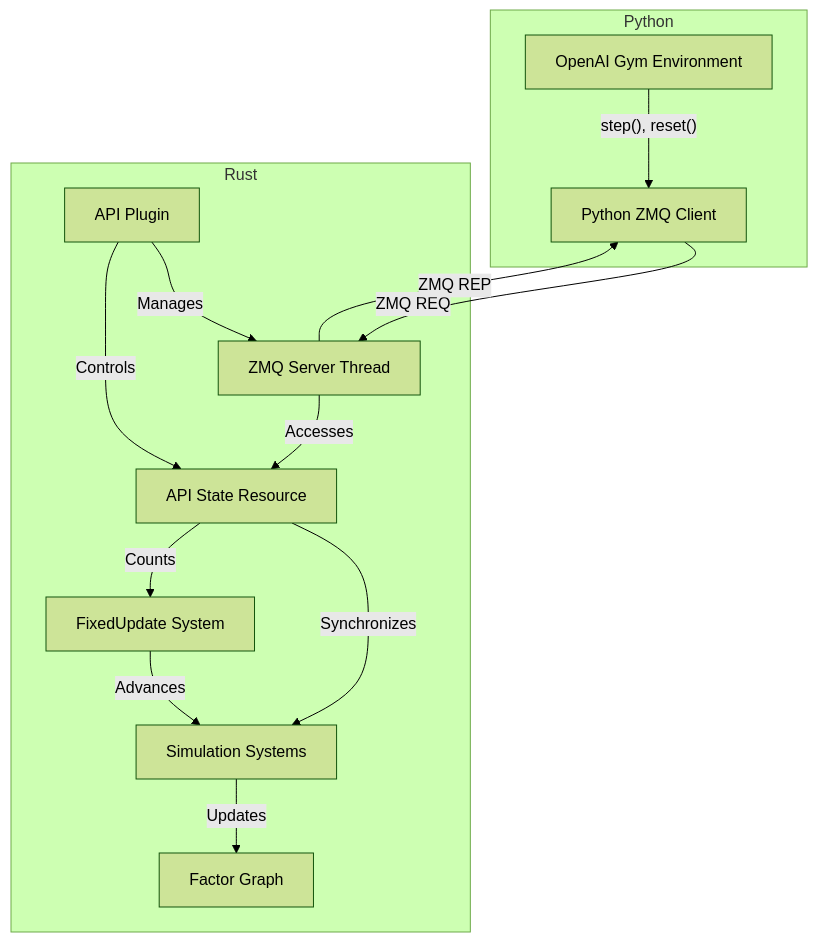
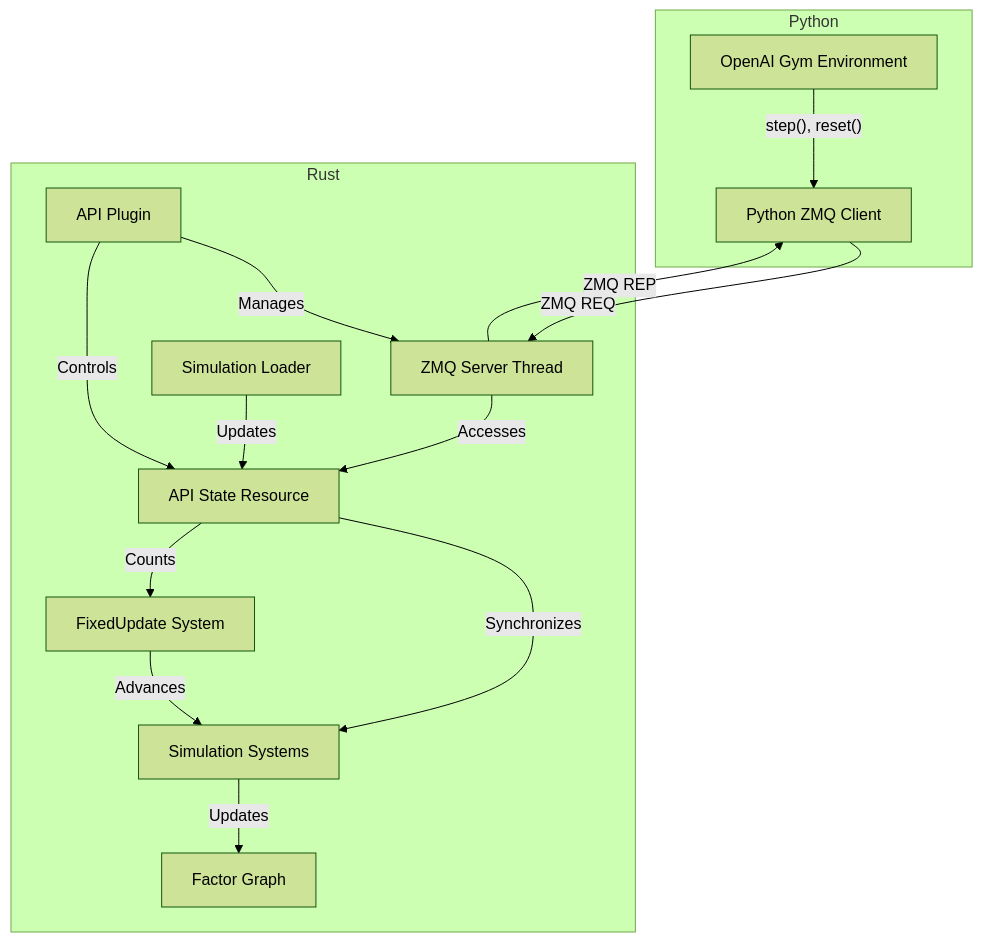
One commit to AU-Master-Thesis/magics changed the first of 3 diagrams in memory-bank/systemPatterns.md. Above: the diagram before and after it, drawn with Mermaid (forest theme). The commit also changed other lines of this file and 8 other files, not shown here.

````diff
--- a/memory-bank/systemPatterns.md
+++ b/memory-bank/systemPatterns.md
@@ -34,27 +34,29 @@
 ```mermaid
 graph TB
     subgraph Python
         Gym[OpenAI Gym Environment]
         PyClient[Python ZMQ Client]
     end
     
     subgraph Rust
         ZmqServer[ZMQ Server Thread]
         ApiPlugin[API Plugin]
-        ApiState[API State Resource]
-        Sim[Simulation Systems]
-        FactorGraph[Factor Graph]
-        FixedUpdate[FixedUpdate System]
+    ApiState[API State Resource]
+    Sim[Simulation Systems]
+    FactorGraph[Factor Graph]
+    FixedUpdate[FixedUpdate System]
+    SimLoader[Simulation Loader]
     end
     
     Gym -- "step(), reset()" --> PyClient
     PyClient -- "ZMQ REQ" --> ZmqServer
     ZmqServer -- "ZMQ REP" --> PyClient
     ZmqServer -- "Accesses" --> ApiState
     ApiPlugin -- "Manages" --> ZmqServer
     ApiPlugin -- "Controls" --> ApiState
     ApiState -- "Synchronizes" --> Sim
     ApiState -- "Counts" --> FixedUpdate
     FixedUpdate -- "Advances" --> Sim
     Sim -- "Updates" --> FactorGraph
+    SimLoader -- "Updates" --> ApiState
 ```
````
